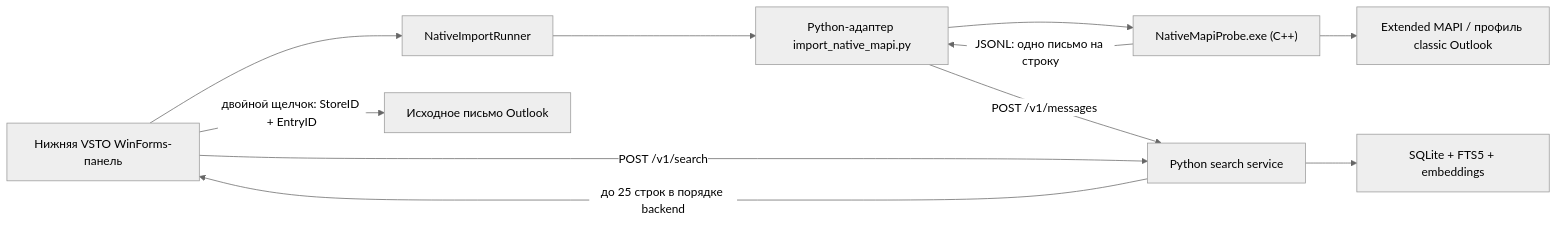
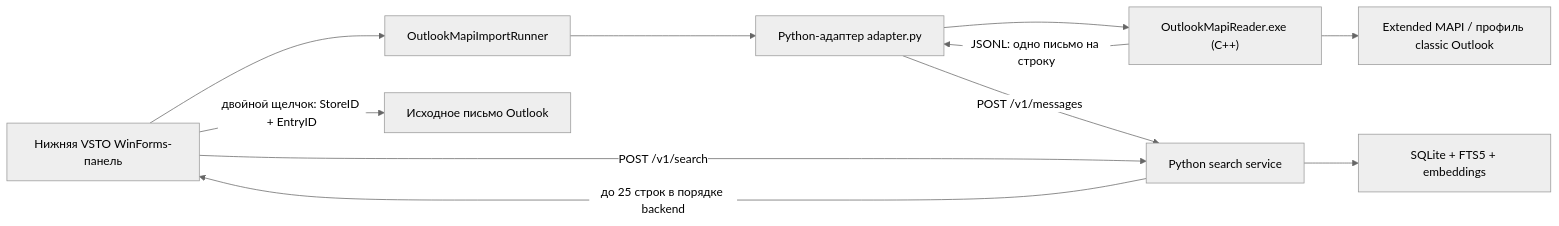
The diagram in docs/ARCHITECTURE_AND_MAPI.md (vladikMSU/RAGSearch), drawn with Mermaid (neutral theme) before and after one commit. The commit also changed other lines of this file and 49 other files, not shown here.

````diff
--- a/docs/ARCHITECTURE_AND_MAPI.md
+++ b/docs/ARCHITECTURE_AND_MAPI.md
@@ -21,13 +23,13 @@
 ```mermaid
 flowchart LR
-    UI["Нижняя VSTO WinForms-панель"] --> R["NativeImportRunner"]
-    R --> A["Python-адаптер import_native_mapi.py"]
-    A --> N["NativeMapiProbe.exe (C++)"]
+    UI["Нижняя VSTO WinForms-панель"] --> R["OutlookMapiImportRunner"]
+    R --> A["Python-адаптер adapter.py"]
+    A --> N["OutlookMapiReader.exe (C++)"]
     N --> M["Extended MAPI / профиль classic Outlook"]
     N -- "JSONL: одно письмо на строку" --> A
     A -- "POST /v1/messages" --> S["Python search service"]
     S --> DB["SQLite + FTS5 + embeddings"]
     UI -- "POST /v1/search" --> S
     S -- "до 25 строк в порядке backend" --> UI
     UI -- "двойной щелчок: StoreID + EntryID" --> O["Исходное письмо Outlook"]
 ```
````
